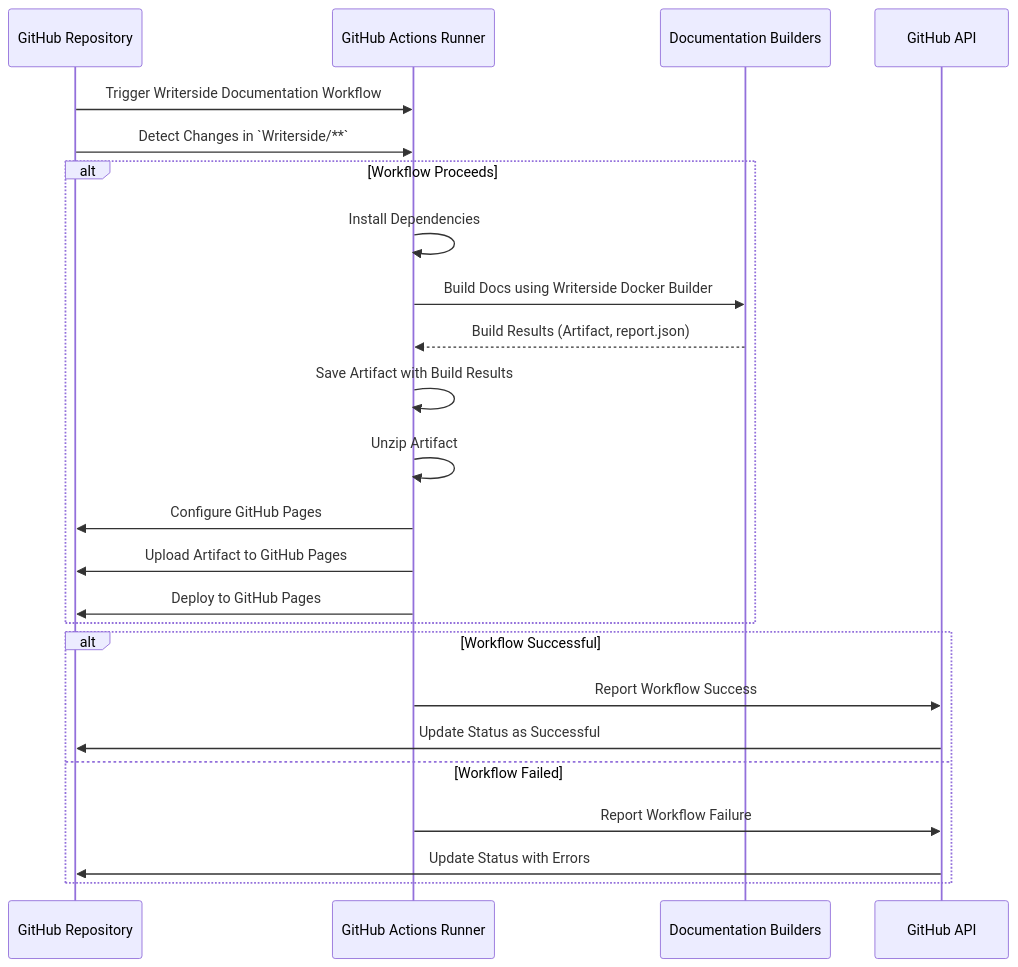
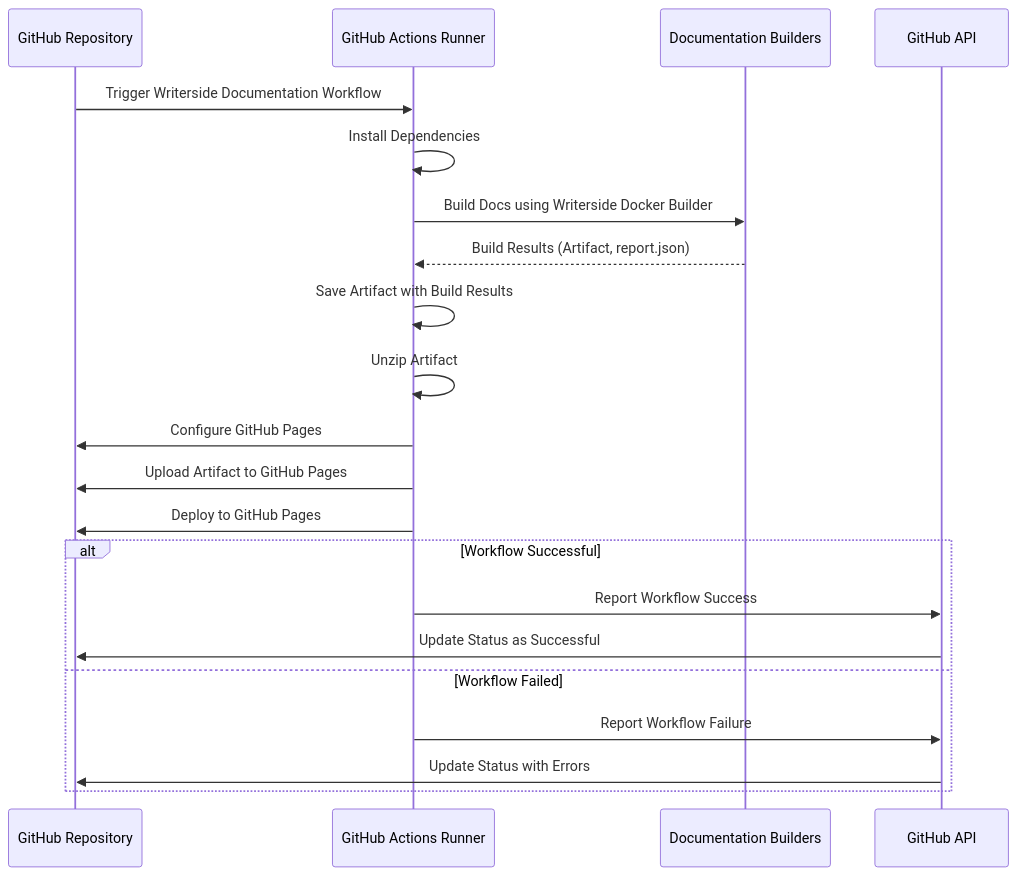
One commit to Kurocado-Studio/dev-ops changed the diagram in Writerside/topics/Document.md. Above: the diagram before and after it, drawn with Mermaid.

````diff
--- a/Writerside/topics/Document.md
+++ b/Writerside/topics/Document.md
@@ -35,28 +35,25 @@
 ```mermaid
 sequenceDiagram
    participant GitHubRepo as GitHub Repository
    participant Runner as GitHub Actions Runner
    participant Builders as Documentation Builders
    participant GitHubAPI as GitHub API
 
    GitHubRepo->>Runner: Trigger Writerside Documentation Workflow
-   GitHubRepo->>Runner: Detect Changes in `Writerside/**`
+   Runner->>Runner: Install Dependencies
+   Runner->>Builders: Build Docs using Writerside Docker Builder
+   Builders-->>Runner: Build Results (Artifact, report.json)
+   Runner->>Runner: Save Artifact with Build Results
+   Runner->>Runner: Unzip Artifact
+   Runner->>GitHubRepo: Configure GitHub Pages
+   Runner->>GitHubRepo: Upload Artifact to GitHub Pages
+   Runner->>GitHubRepo: Deploy to GitHub Pages
 
-   alt Workflow Proceeds
-      Runner->>Runner: Install Dependencies
-      Runner->>Builders: Build Docs using Writerside Docker Builder
-      Builders-->>Runner: Build Results (Artifact, report.json)
-      Runner->>Runner: Save Artifact with Build Results
-      Runner->>Runner: Unzip Artifact
-      Runner->>GitHubRepo: Configure GitHub Pages
-      Runner->>GitHubRepo: Upload Artifact to GitHub Pages
-      Runner->>GitHubRepo: Deploy to GitHub Pages
-   end
    alt Workflow Successful
         Runner ->> GitHubAPI: Report Workflow Success
         GitHubAPI ->> GitHubRepo: Update Status as Successful
    else Workflow Failed
         Runner ->> GitHubAPI: Report Workflow Failure
         GitHubAPI ->> GitHubRepo: Update Status with Errors
     end
 ```
````
